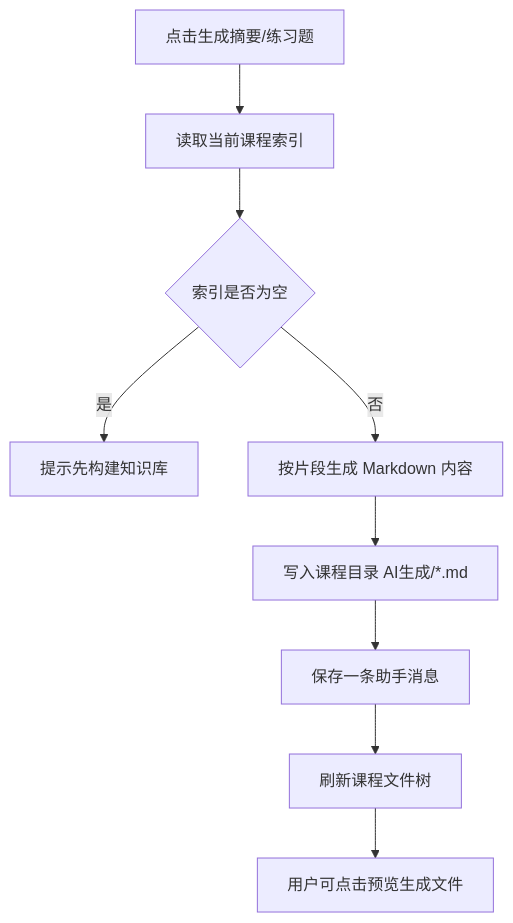
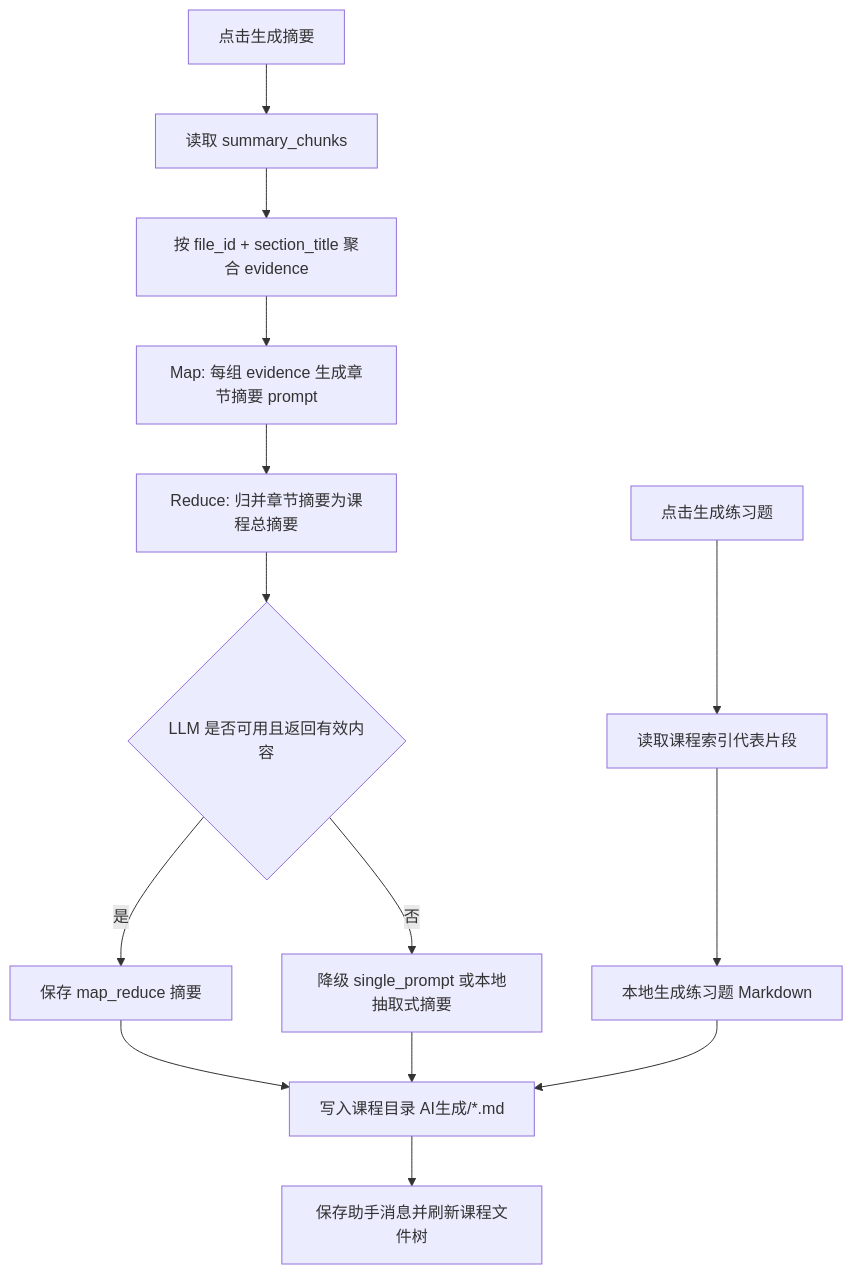
The eighth of 9 diagrams in docs/系统设计.md (LuMH1027/ai-learn-assistant), drawn with Mermaid before and after one commit. The commit also changed other lines of this file and 26 other files, not shown here.

````diff
--- a/docs/系统设计.md
+++ b/docs/系统设计.md
@@ -220,11 +262,17 @@
 ```mermaid
 flowchart TD
-    A["点击生成摘要/练习题"] --> B["读取当前课程索引"]
-    B --> C{"索引是否为空"}
-    C -- 是 --> D["提示先构建知识库"]
-    C -- 否 --> E["按片段生成 Markdown 内容"]
-    E --> F["写入课程目录 AI生成/*.md"]
-    F --> G["保存一条助手消息"]
-    G --> H["刷新课程文件树"]
-    H --> I["用户可点击预览生成文件"]
+    A["点击生成摘要"] --> B["读取 summary_chunks"]
+    B --> C["按 file_id + section_title 聚合 evidence"]
+    C --> D["Map: 每组 evidence 生成章节摘要 prompt"]
+    D --> E["Reduce: 归并章节摘要为课程总摘要"]
+    E --> F{"LLM 是否可用且返回有效内容"}
+    F -- 是 --> G["保存 map_reduce 摘要"]
+    F -- 否 --> H["降级 single_prompt 或本地抽取式摘要"]
+    G --> I["写入课程目录 AI生成/*.md"]
+    H --> I
+    I --> J["保存助手消息并刷新课程文件树"]
+
+    K["点击生成练习题"] --> L["读取课程索引代表片段"]
+    L --> M["本地生成练习题 Markdown"]
+    M --> I
 ```
````
